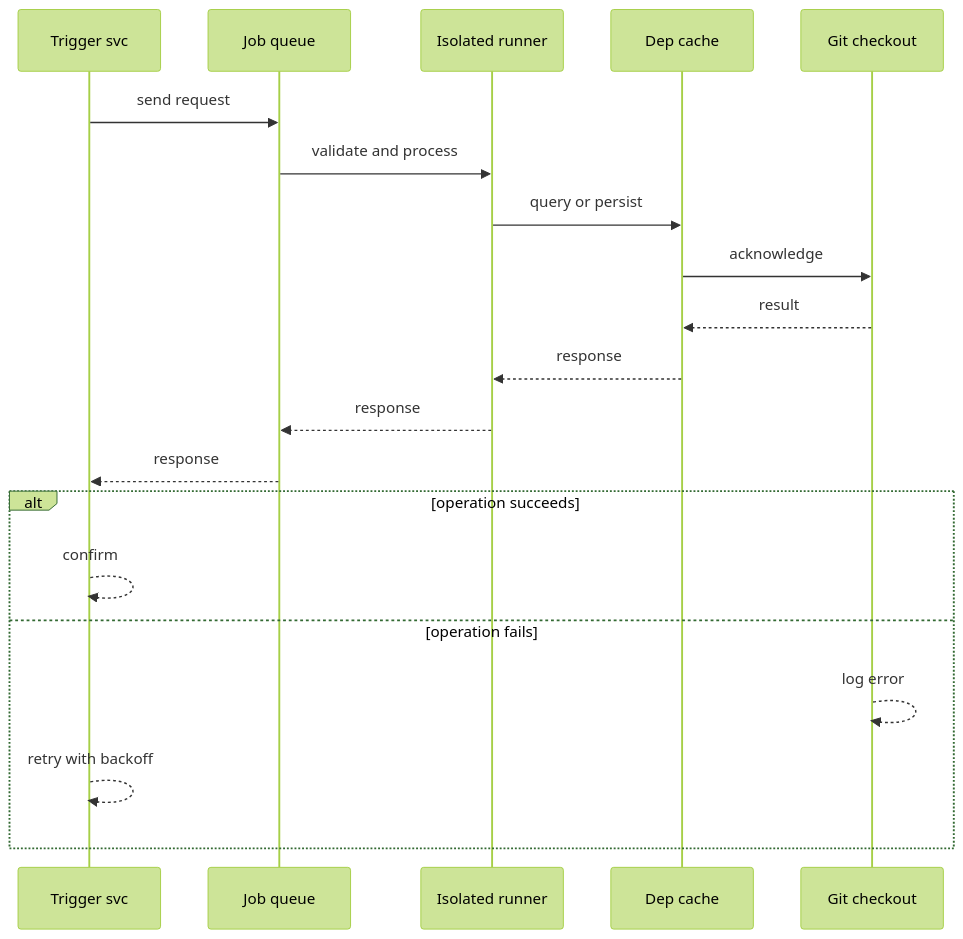
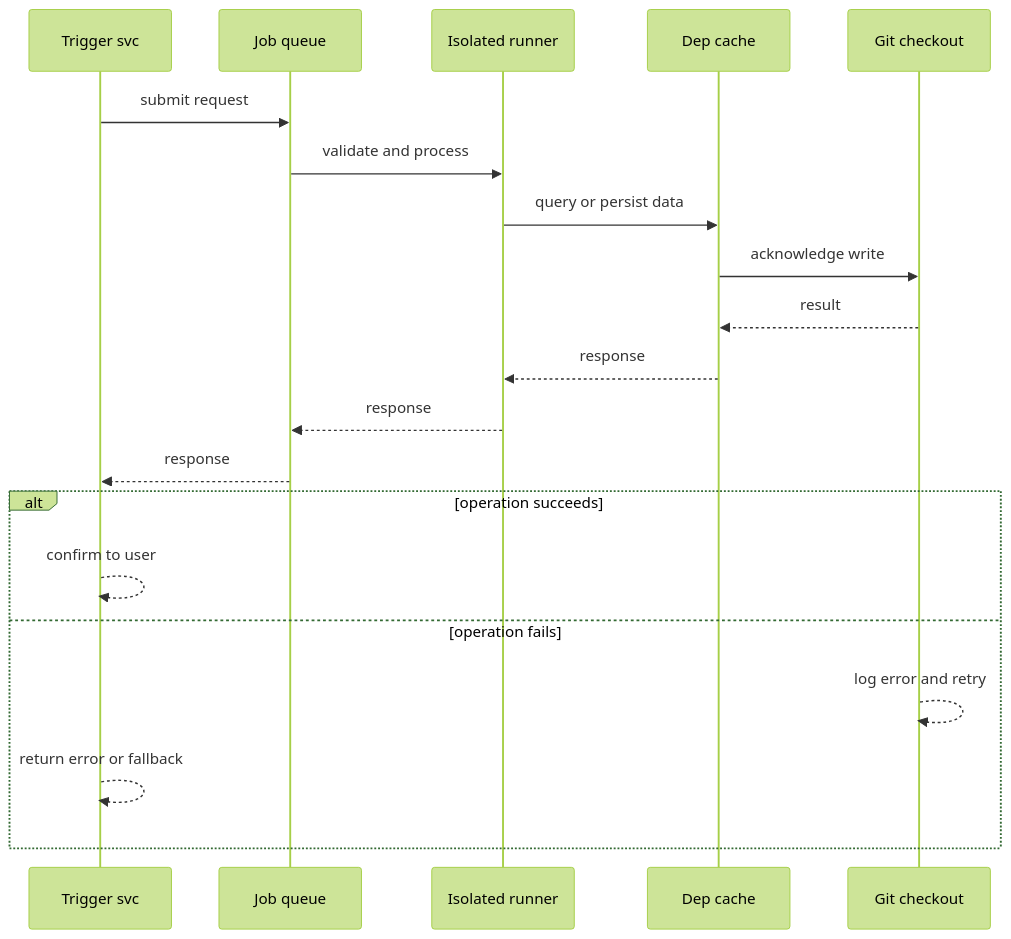
One commit to RIT-MESH/system-design-mastery changed the second of 4 diagrams in case-studies/advanced/ci-platform.md. Above: the diagram before and after it, drawn with Mermaid (forest theme). The commit also changed other lines of this file and 127 other files, not shown here.

First line of the commit message:
Improve all case study diagrams: case-specific sequences, fix truncated labels

````diff
--- a/case-studies/advanced/ci-platform.md
+++ b/case-studies/advanced/ci-platform.md
@@ -73,23 +73,23 @@
 ```mermaid
 %% created-for: system-design-mastery
 sequenceDiagram
-  participant C0 as Trigger svc
-  participant C1 as Job queue
-  participant C2 as Isolated runner
-  participant C3 as Dep cache
-  participant C4 as Git checkout
-  C0 ->> C1: send request
-  C1 ->> C2: validate and process
-  C2 ->> C3: query or persist
-  C3 ->> C4: acknowledge
-  C4 -->> C3: result
-  C3 -->> C2: response
-  C2 -->> C1: response
-  C1 -->> C0: response
+  participant P0 as Trigger svc
+  participant P1 as Job queue
+  participant P2 as Isolated runner
+  participant P3 as Dep cache
+  participant P4 as Git checkout
+  P0 ->> P1: submit request
+  P1 ->> P2: validate and process
+  P2 ->> P3: query or persist data
+  P3 ->> P4: acknowledge write
+  P4 -->> P3: result
+  P3 -->> P2: response
+  P2 -->> P1: response
+  P1 -->> P0: response
   alt operation succeeds
-    C0 -->> C0: confirm
+    P0 -->> P0: confirm to user
   else operation fails
-    C4 -->> C4: log error
-    C0 -->> C0: retry with backoff
+    P4 -->> P4: log error and retry
+    P0 -->> P0: return error or fallback
   end
 ```
````
